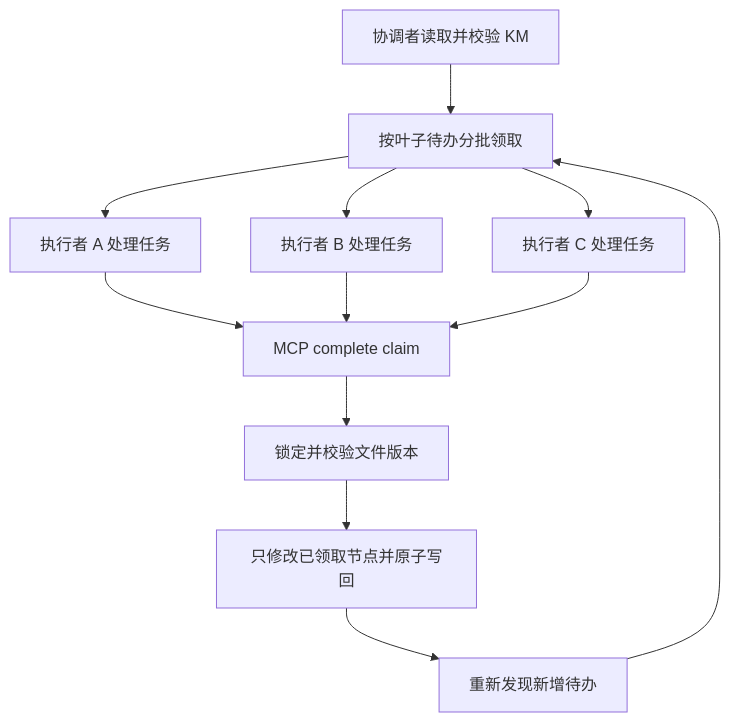
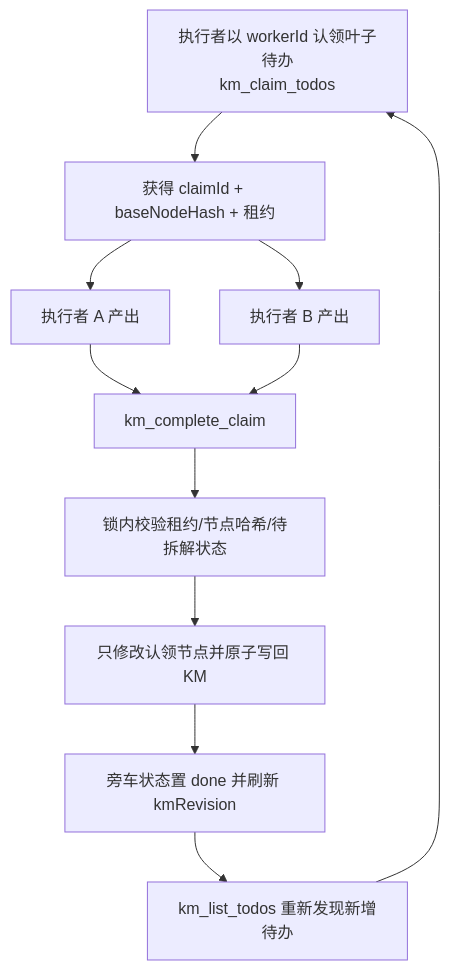
The diagram in docs/km-parallel-execution-design.md (QunterShion/InfiniteMap), drawn with Mermaid before and after one commit. The commit also changed other lines of this file and 35 other files, not shown here.

Commit message:
1. 新建 .km 默认使用逻辑结构图，并以文件名初始化空白根节点： 2. 右键新增本地化“拆分节点”，确认后原子生成新文件，成功前不删除源节点；拆分根节点时安全创建副本： 3. 根节点与文件名双向同步，包含冲突、非法文件名、并发锁和无覆盖保护：

````diff
--- a/docs/km-parallel-execution-design.md
+++ b/docs/km-parallel-execution-design.md
@@ -38,14 +35,13 @@
 ```mermaid
 flowchart TD
-    A[协调者读取并校验 KM] --> B[按叶子待办分批领取]
-    B --> C[执行者 A 处理任务]
-    B --> D[执行者 B 处理任务]
-    B --> E[执行者 C 处理任务]
-    C --> F[MCP complete claim]
-    D --> F
-    E --> F
-    F --> G[锁定并校验文件版本]
-    G --> H[只修改已领取节点并原子写回]
-    H --> I[重新发现新增待办]
-    I --> B
+    A[执行者以 workerId 认领叶子待办<br/>km_claim_todos] --> B[获得 claimId + baseNodeHash + 租约]
+    B --> C[执行者 A 产出]
+    B --> D[执行者 B 产出]
+    C --> E[km_complete_claim]
+    D --> E
+    E --> F[锁内校验租约/节点哈希/待拆解状态]
+    F --> G[只修改认领节点并原子写回 KM]
+    G --> H[旁车状态置 done 并刷新 kmRevision]
+    H --> I[km_list_todos 重新发现新增待办]
+    I --> A
 ```
````
